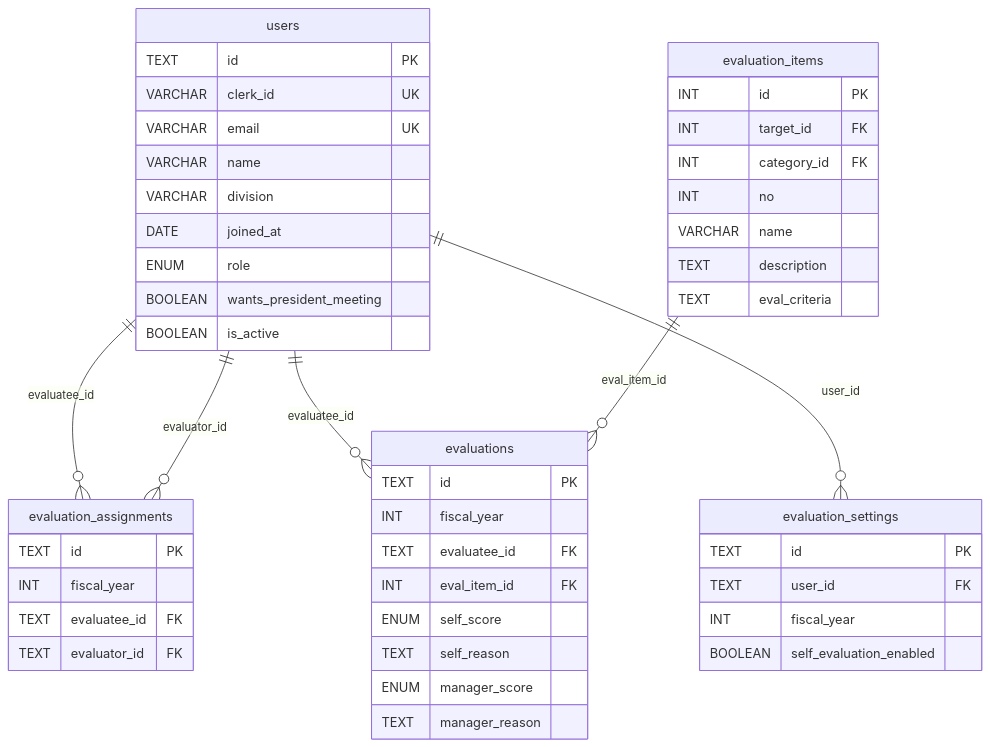
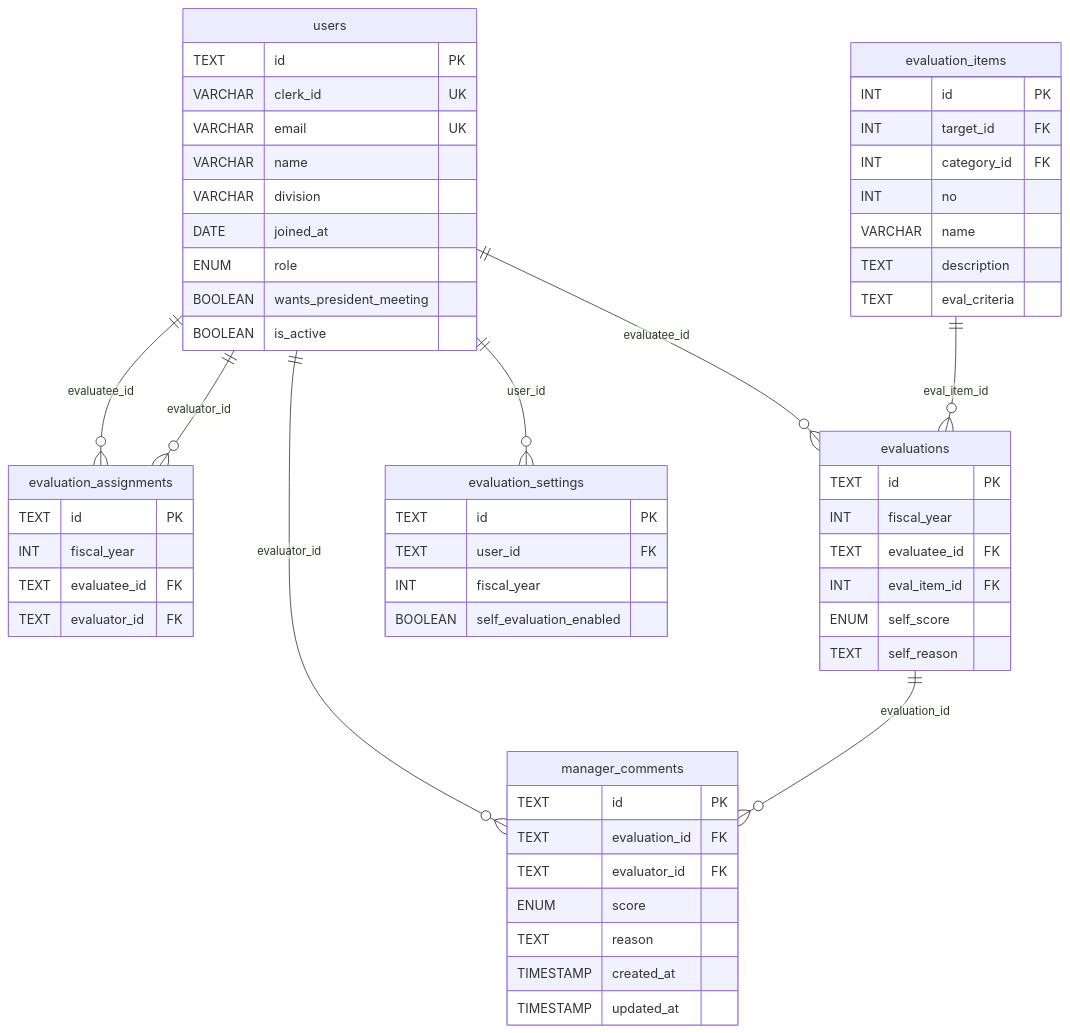
One commit to ot-nemoto/eval-hub changed the diagram in docs/schema.md. Above: the diagram before and after it, drawn with Mermaid. The commit also changed other lines of this file and 2 other files, not shown here.

Commit message:
docs: T38 に向けて schema.md / api.md / ui.md を更新

````diff
--- a/docs/schema.md
+++ b/docs/schema.md
@@ -32,52 +33,61 @@
 ```mermaid
 erDiagram
     users {
         TEXT id PK
         VARCHAR clerk_id UK
         VARCHAR email UK
         VARCHAR name
         VARCHAR division
         DATE joined_at
         ENUM role
         BOOLEAN wants_president_meeting
         BOOLEAN is_active
     }
     evaluation_assignments {
         TEXT id PK
         INT fiscal_year
         TEXT evaluatee_id FK
         TEXT evaluator_id FK
     }
     evaluation_items {
         INT id PK
         INT target_id FK
         INT category_id FK
         INT no
         VARCHAR name
         TEXT description
         TEXT eval_criteria
     }
     evaluations {
         TEXT id PK
         INT fiscal_year
         TEXT evaluatee_id FK
         INT eval_item_id FK
         ENUM self_score
         TEXT self_reason
-        ENUM manager_score
-        TEXT manager_reason
+    }
+    manager_comments {
+        TEXT id PK
+        TEXT evaluation_id FK
+        TEXT evaluator_id FK
+        ENUM score
+        TEXT reason
+        TIMESTAMP created_at
+        TIMESTAMP updated_at
     }
 
     evaluation_settings {
         TEXT id PK
         TEXT user_id FK
         INT fiscal_year
         BOOLEAN self_evaluation_enabled
     }
 
     users ||--o{ evaluation_assignments : "evaluatee_id"
     users ||--o{ evaluation_assignments : "evaluator_id"
     users ||--o{ evaluations : "evaluatee_id"
+    users ||--o{ manager_comments : "evaluator_id"
     users ||--o{ evaluation_settings : "user_id"
     evaluation_items ||--o{ evaluations : "eval_item_id"
+    evaluations ||--o{ manager_comments : "evaluation_id"
 ```
````
